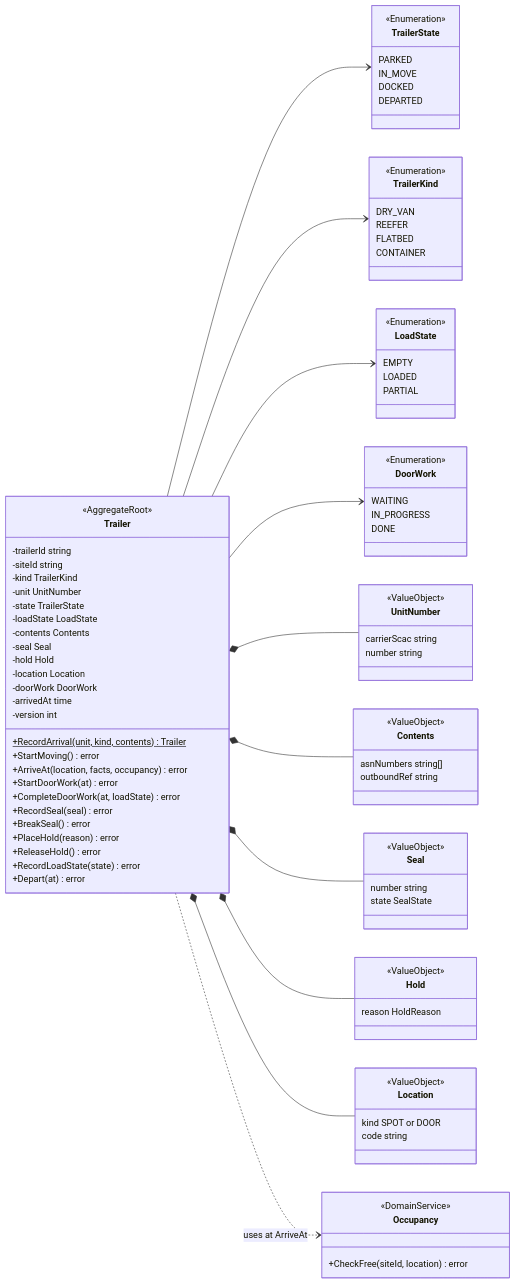
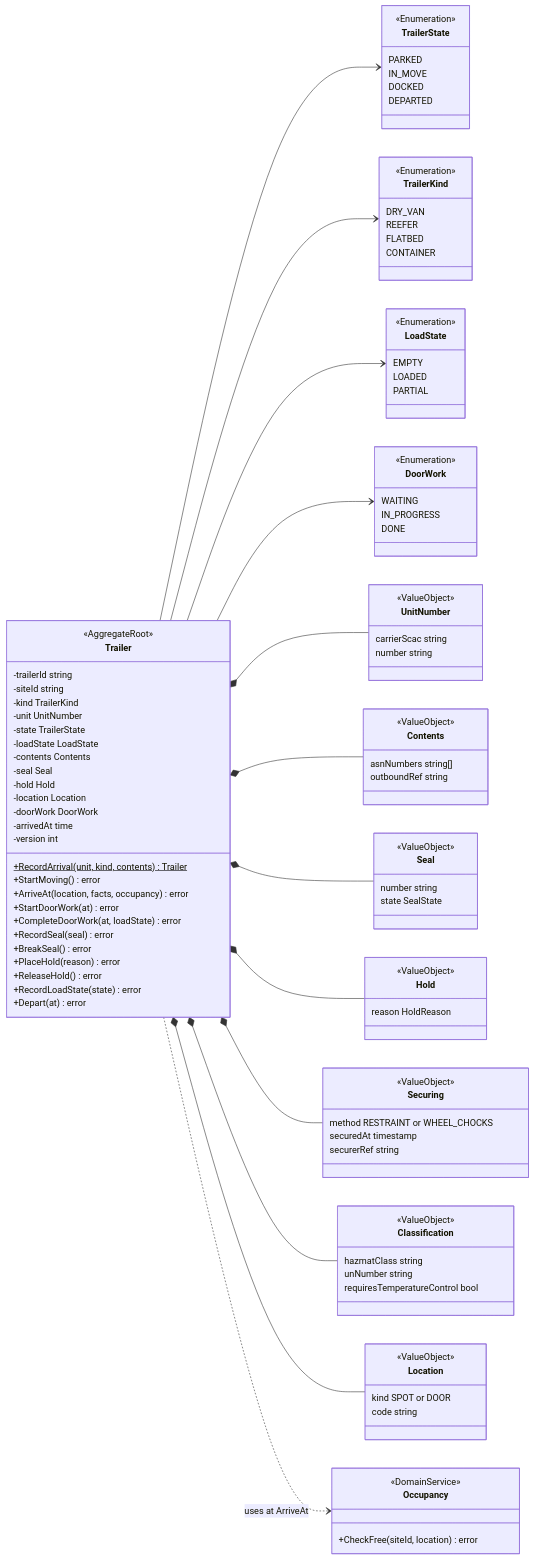
Before and after one commit to IQVO/yard-management: the first of 8 diagrams in docs/docs/ddd/class-diagram.md, drawn with Mermaid. The commit also changed other lines of this file and 161 other files, not shown here.

````diff
--- a/docs/docs/ddd/class-diagram.md
+++ b/docs/docs/ddd/class-diagram.md
@@ -93,6 +93,12 @@
         <<ValueObject>>
         reason HoldReason
     }
+    class Securing {
+        <<ValueObject>>
+        method RESTRAINT or WHEEL_CHOCKS
+        securedAt timestamp
+        securerRef string
+    }
     class Location {
         <<ValueObject>>
         kind SPOT or DOOR
@@ -110,6 +116,14 @@
     Trailer *-- Contents
     Trailer *-- Seal
     Trailer *-- Hold
+    Trailer *-- Securing
+    class Classification {
+        <<ValueObject>>
+        hazmatClass string
+        unNumber string
+        requiresTemperatureControl bool
+    }
+    Trailer *-- Classification
     Trailer *-- Location
     Trailer ..> Occupancy : uses at ArriveAt
 ```
````
